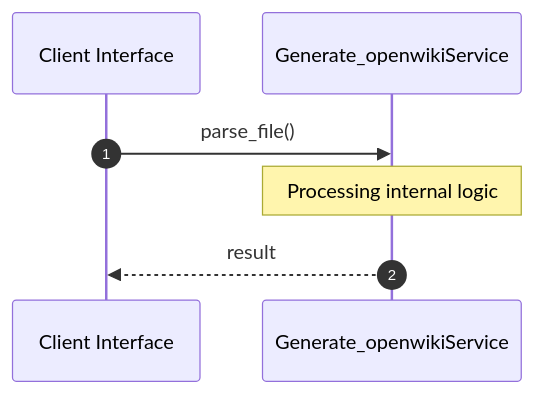
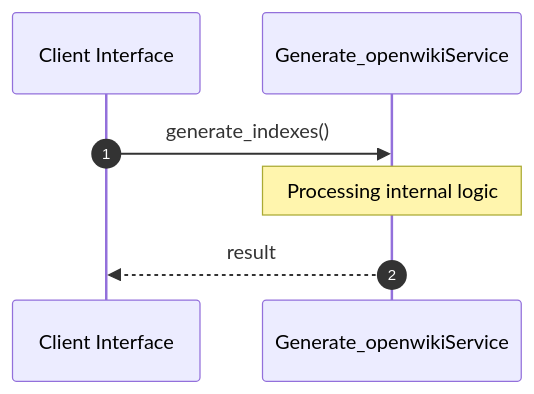
The second of 2 diagrams in openwiki/generate_openwiki_py.md (lgcorzo/rust_CACD_autonomous_factory), drawn with Mermaid before and after one commit. The commit also changed other lines of this file and 78 other files, not shown here.

````diff
--- a/openwiki/generate_openwiki_py.md
+++ b/openwiki/generate_openwiki_py.md
@@ -76,10 +76,10 @@
 ```mermaid
 sequenceDiagram
     autonumber
     participant Caller as Client Interface
     participant Svc as Generate_openwikiService
-    Caller->>Svc: parse_file()
+    Caller->>Svc: generate_indexes()
     Note over Svc: Processing internal logic
     Svc-->>Caller: result
 
 ```
````
